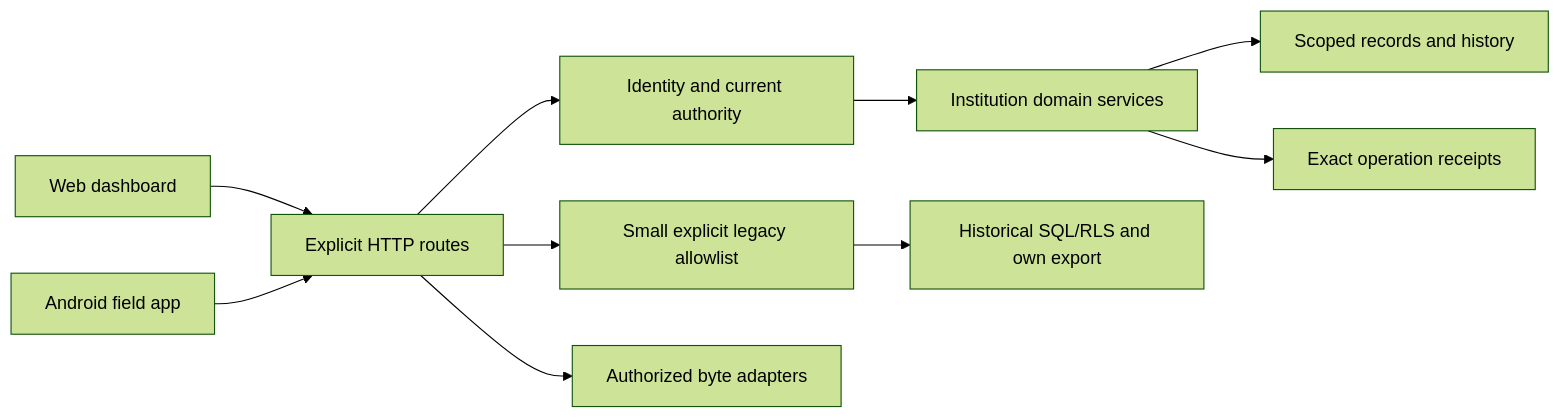
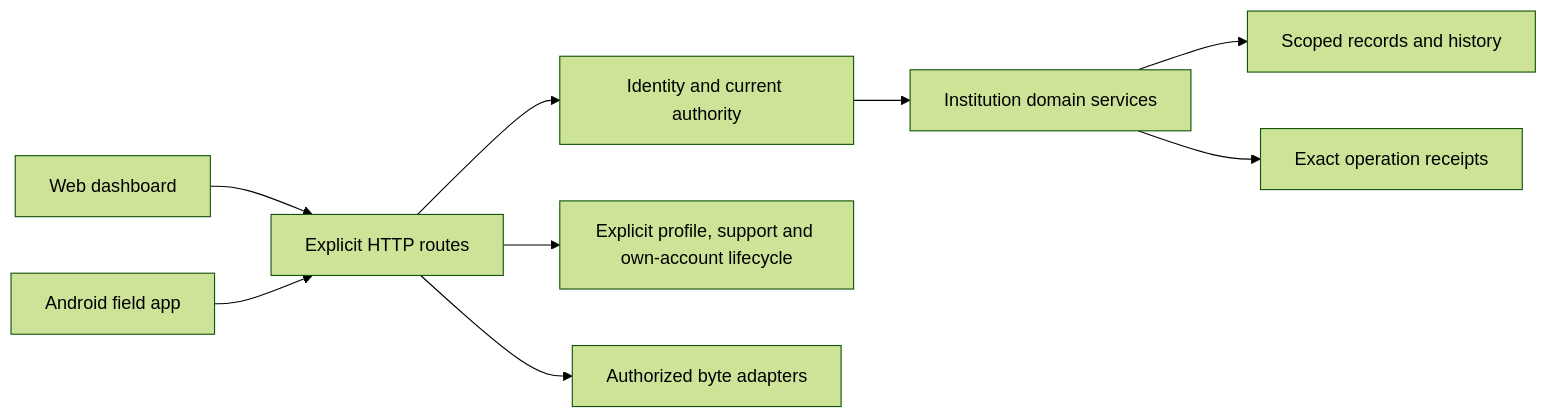
One commit to KenseiEmam/Rafik-OpenSource changed the diagram in docs/reference/backend/routes.md. Above: the diagram before and after it, drawn with Mermaid (forest theme). The commit also changed other lines of this file and 143 other files, not shown here.

````diff
--- a/docs/reference/backend/routes.md
+++ b/docs/reference/backend/routes.md
@@ -7,12 +7,11 @@
 ```mermaid
 flowchart LR
  Web[Web dashboard] --> HTTP[Explicit HTTP routes]
  Android[Android field app] --> HTTP
  HTTP --> Auth[Identity and current authority]
  Auth --> Domain[Institution domain services]
  Domain --> Records[Scoped records and history]
  Domain --> Receipts[Exact operation receipts]
- HTTP --> Gateway[Small explicit legacy allowlist]
- Gateway --> RLS[Historical SQL/RLS and own export]
+ HTTP --> Account[Explicit profile, support and own-account lifecycle]
  HTTP --> Bytes[Authorized byte adapters]
 ```
````
